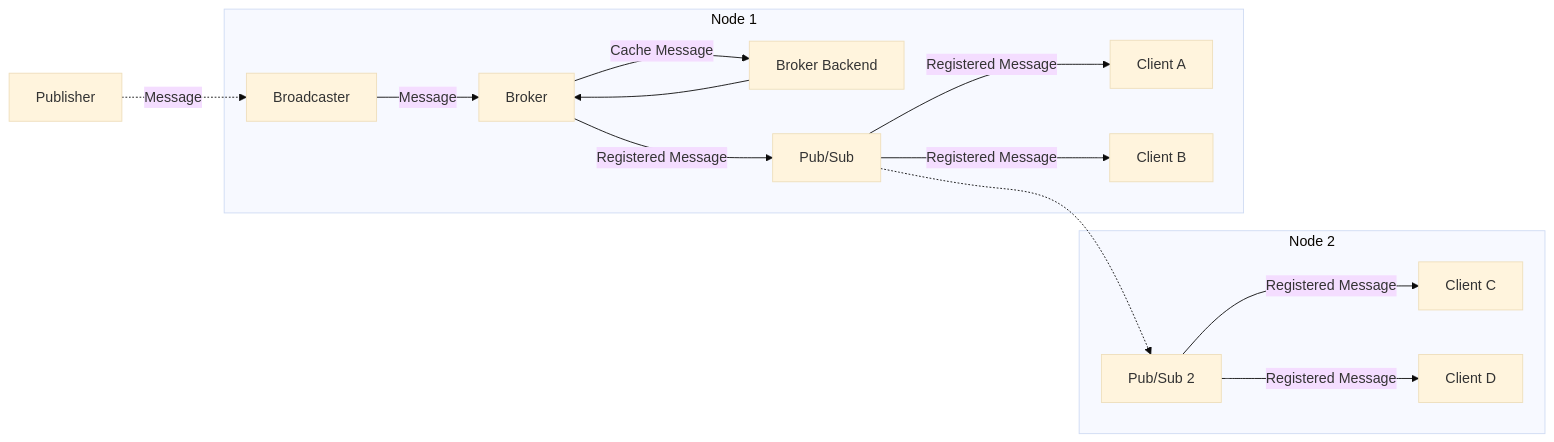
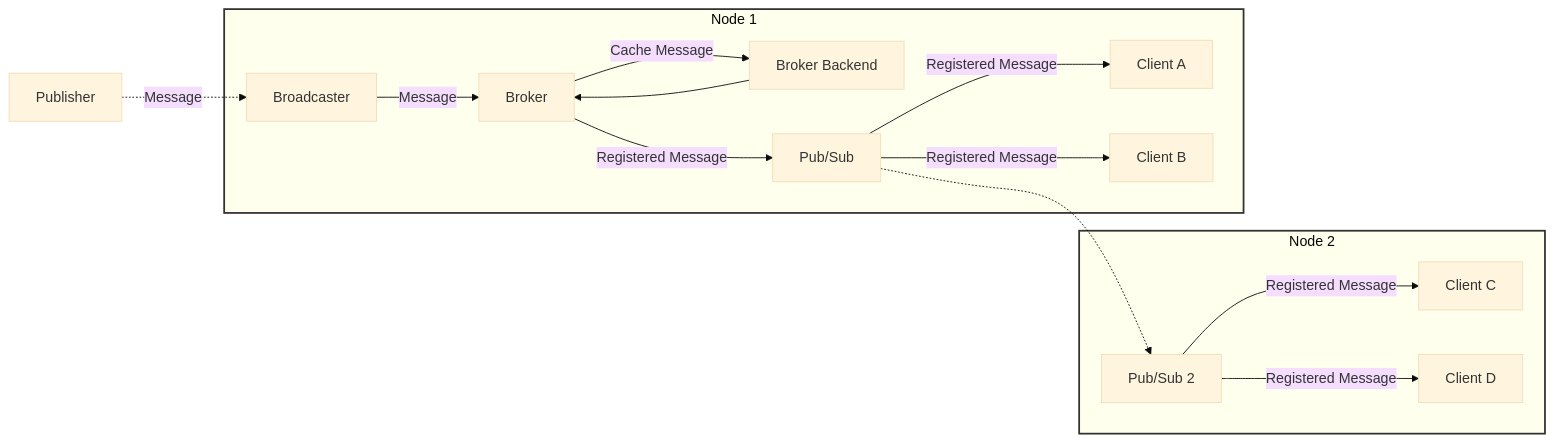
The second of 2 diagrams in docs/broker.md (anycable/anycable), drawn with Mermaid (base theme) before and after one commit.

Commit message:
docs: fix chart color in broker.md

````diff
--- a/docs/broker.md
+++ b/docs/broker.md
@@ -63,34 +63,36 @@
 ```mermaid
 graph LR
   Publisher[Publisher]
 
-
-  subgraph Node 2
+  subgraph node2[Node 2]
    PubSub2[Pub/Sub 2]
    ClientC[Client C]
    ClientD[Client D]
   end
 
-  subgraph Node 1
+  subgraph node1[Node 1]
    Broadcaster[Broadcaster]
    Broker[Broker]
    BrokerBackend[Broker Backend]
    PubSub[Pub/Sub]
    ClientA[Client A]
    ClientB[Client B]
   end
 
+  class node1 lightbg
+  class node2 lightbg
+  classDef lightbg fill:#ffe,stroke:#333,stroke-width:2px
 
   Publisher -.->|Message| Broadcaster
   Broadcaster -->|Message| Broker
   Broker -->|Cache Message| BrokerBackend
   BrokerBackend --> Broker
   Broker -->|Registered Message| PubSub
   PubSub -->|Registered Message| ClientA
   PubSub -->|Registered Message| ClientB
 
   PubSub -.-> PubSub2
 
   PubSub2 -->|Registered Message| ClientC
   PubSub2 -->|Registered Message| ClientD
 ```
````
